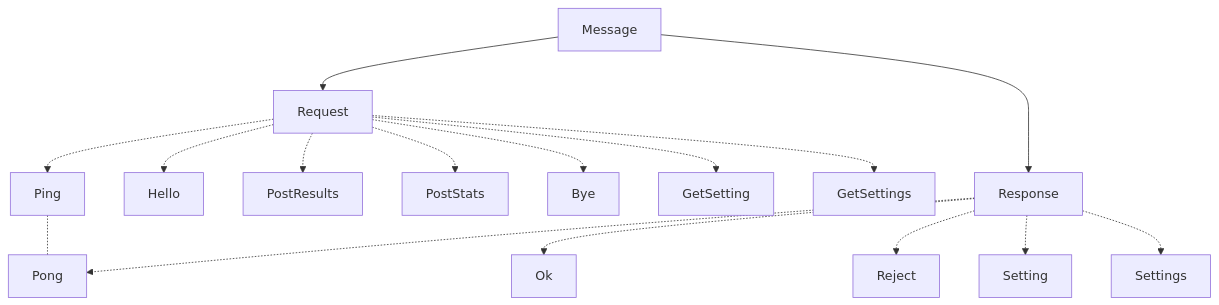
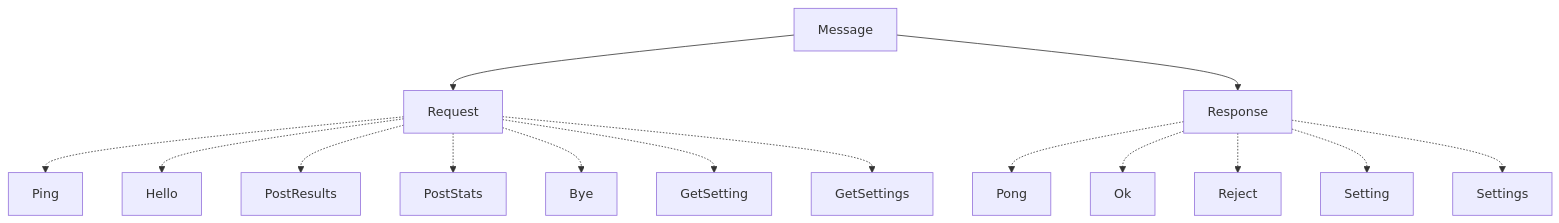
Before and after one commit to PixelWeatherProject/pwmp-stack: the first of 3 diagrams in pwmp-types/README.md, drawn with Mermaid.

Commit message:
update README (fix bad graph)

````diff
--- a/pwmp-types/README.md
+++ b/pwmp-types/README.md
@@ -13,21 +13,19 @@
 ```mermaid
 graph TD;
     Message-->Request
     Message-->Response
 
     Request-.->Ping
     Request-.->Hello
     Request-.->PostResults
     Request-.->PostStats
     Request-.->Bye
     Request-.->GetSetting
     Request-.->GetSettings
 
     Response-.->Pong
     Response-.->Ok
     Response-.->Reject
     Response-.->Setting
     Response-.->Settings
-
-    Ping-.-Pong
 ```
````
